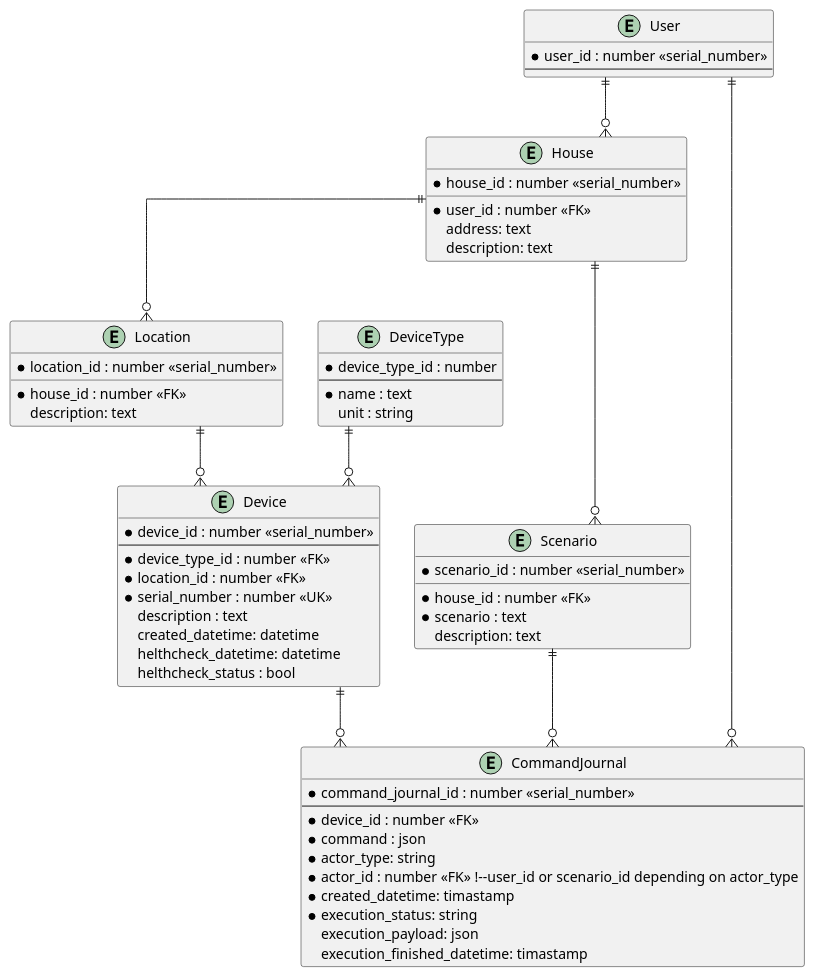
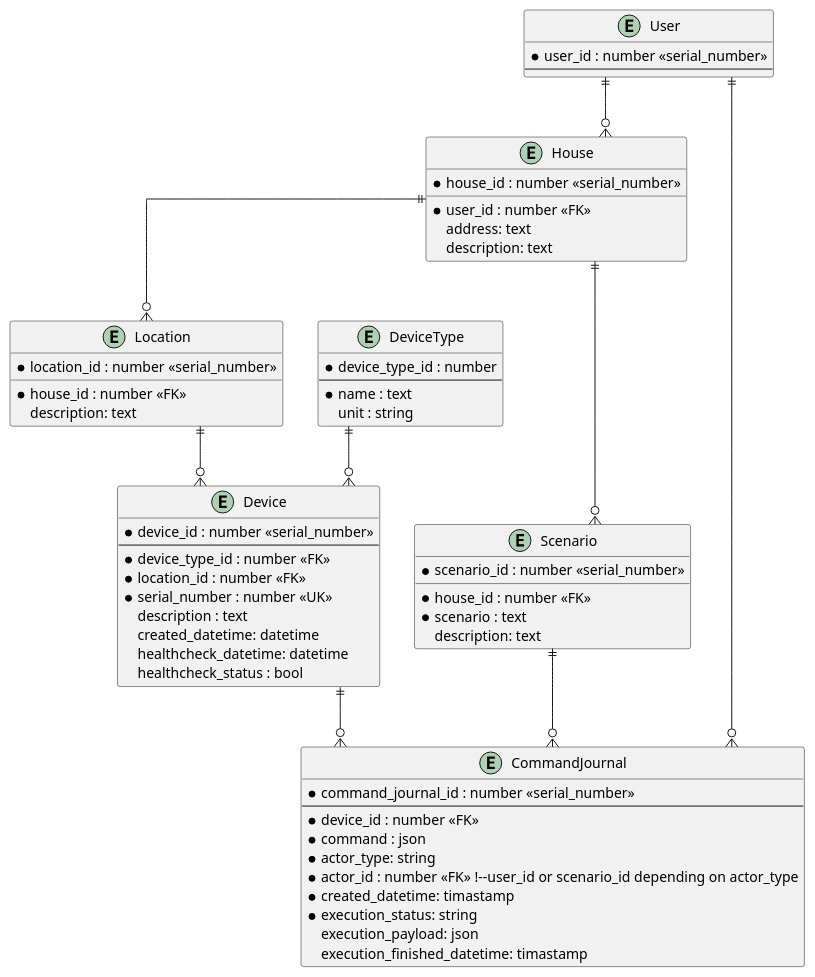
The diagram in schemas/er/device_er.puml (mikenina/architecture-pro-warmhouse), drawn with PlantUML before and after one commit. The commit also changed 8 other files, not shown here.

```diff
--- a/schemas/er/device_er.puml
+++ b/schemas/er/device_er.puml
@@ -1,73 +1,73 @@
 @startuml
 skinparam linetype ortho
 
 entity "User" as user {
     *user_id : number <<serial_number>>
     --
 }
 
 entity "Device" as device {
     *device_id : number <<serial_number>>
     --
     *device_type_id : number <<FK>>
     *location_id : number <<FK>>
     *serial_number : number <<UK>>
     description : text
     created_datetime: datetime
-    helthcheck_datetime: datetime
-    helthcheck_status : bool
+    healthcheck_datetime: datetime
+    healthcheck_status : bool
 }
 
 entity "DeviceType" as device_type {
     *device_type_id : number
     --
     *name : text
     unit : string
 }
 
 entity "Location" as location {
     *location_id : number <<serial_number>>
     __
     *house_id : number <<FK>>
     description: text
 }
 
 entity "House" as house {
     *house_id : number <<serial_number>>
     __
     *user_id : number <<FK>>
     address: text
     description: text
 }
 
 entity "Scenario" as scenario {
     *scenario_id : number <<serial_number>>
     __
     *house_id : number <<FK>>
     *scenario : text
     description: text
 }
 
 entity "CommandJournal" as command_journal {
     *command_journal_id : number <<serial_number>>
     --
     *device_id : number <<FK>>
     *command : json
     *actor_type: string
     *actor_id : number <<FK>> !--user_id or scenario_id depending on actor_type
     *created_datetime: timastamp
     *execution_status: string
     execution_payload: json
     execution_finished_datetime: timastamp
 }
 
 device_type ||--o{ device
 user ||--o{ house
 house ||--o{ location
 house ||--o{ scenario
 location ||--o{ device
 device ||--o{ command_journal
 user ||--o{ command_journal
 scenario ||--o{ command_journal
 
 @enduml
```
